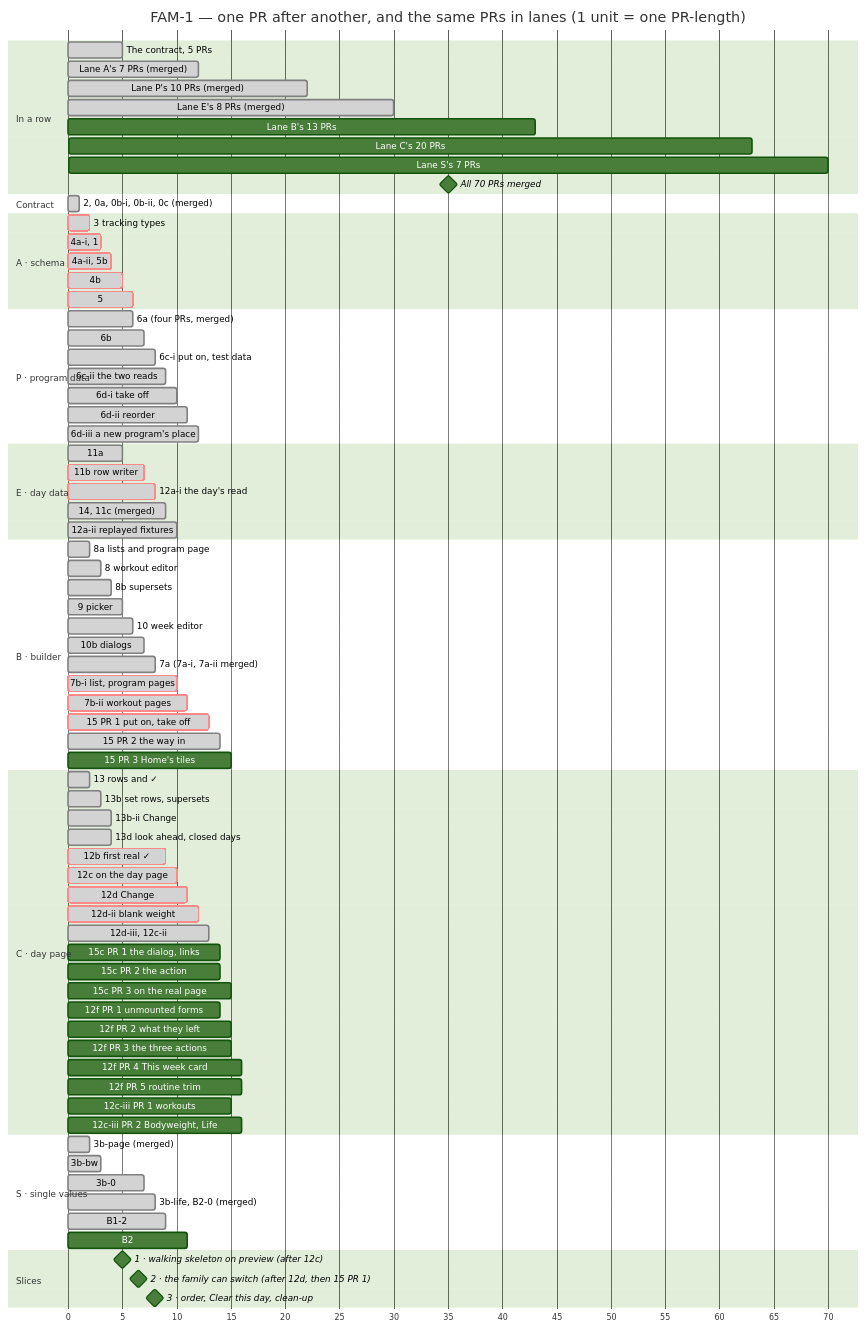
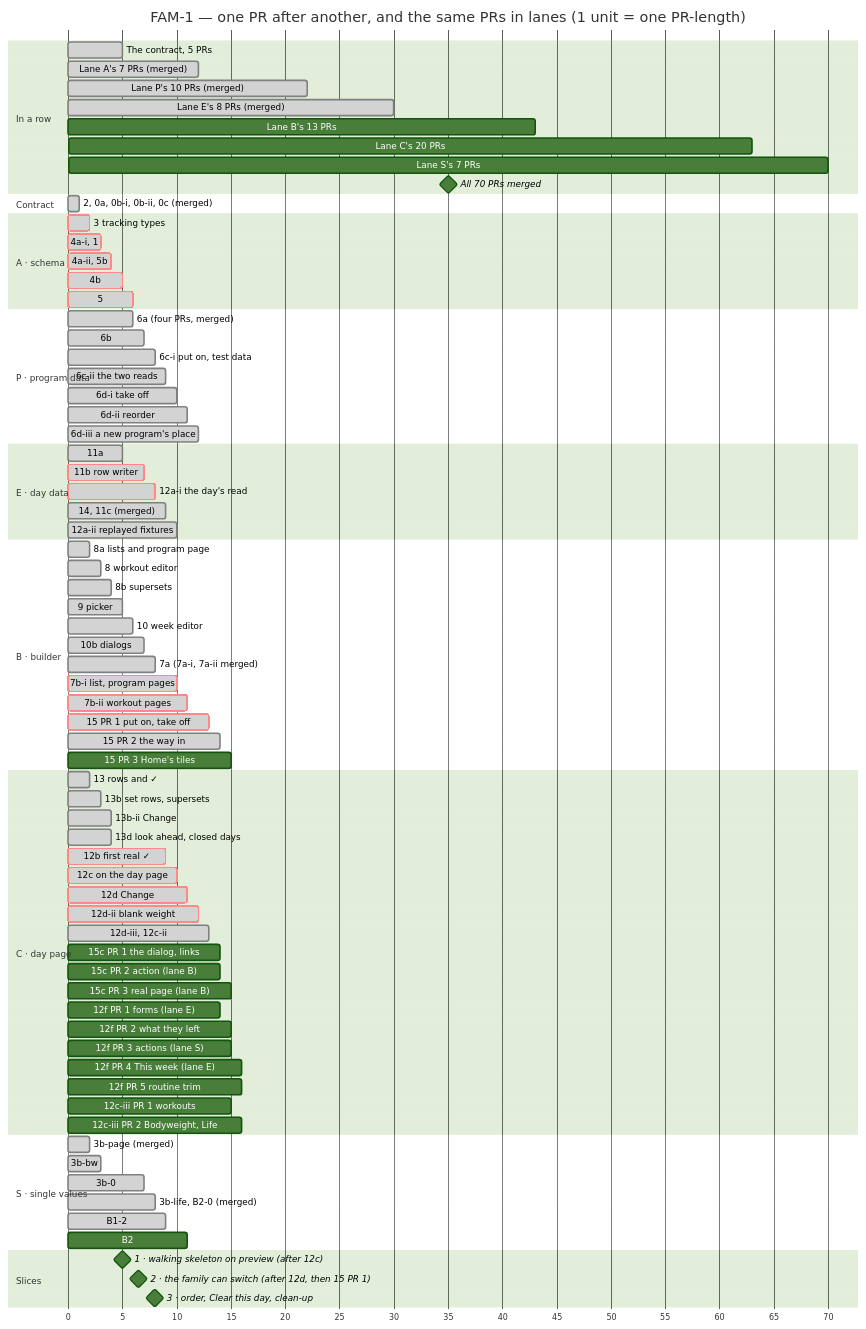
Before and after one commit to ralamode/mat-plan: the second of 2 diagrams in docs/milestones/fam-1-family-program.md, drawn with Mermaid (forest theme). The commit also changed other lines of this file and 3 other files, not shown here.

```diff
--- a/docs/milestones/fam-1-family-program.md
+++ b/docs/milestones/fam-1-family-program.md
@@ -325,12 +325,12 @@
   12d-ii blank weight          :crit, done, c6b, 11, 12
   12d-iii, 12c-ii              :done, c6c, 12, 13
   15c PR 1 the dialog, links   :c7a, 13, 14
-  15c PR 2 the action          :c7b, 13, 14
-  15c PR 3 on the real page    :c7c, 14, 15
-  12f PR 1 unmounted forms     :c9a, 13, 14
+  15c PR 2 action (lane B)     :c7b, 13, 14
+  15c PR 3 real page (lane B)  :c7c, 14, 15
+  12f PR 1 forms (lane E)      :c9a, 13, 14
   12f PR 2 what they left      :c9b, 14, 15
-  12f PR 3 the three actions   :c9c, 14, 15
-  12f PR 4 This week card      :c9d, 15, 16
+  12f PR 3 actions (lane S)    :c9c, 14, 15
+  12f PR 4 This week (lane E)  :c9d, 15, 16
   12f PR 5 routine trim        :c9e, 15, 16
   12c-iii PR 1 workouts        :c8a, 14, 15
   12c-iii PR 2 Bodyweight, Life :c8b, 15, 16
```
